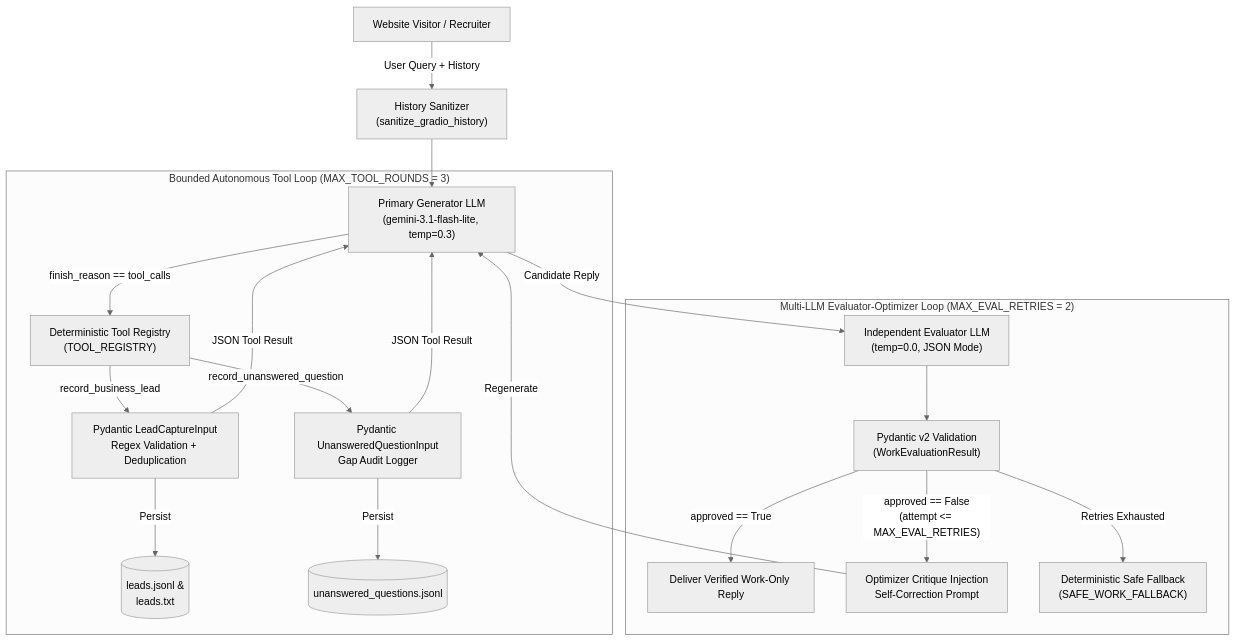
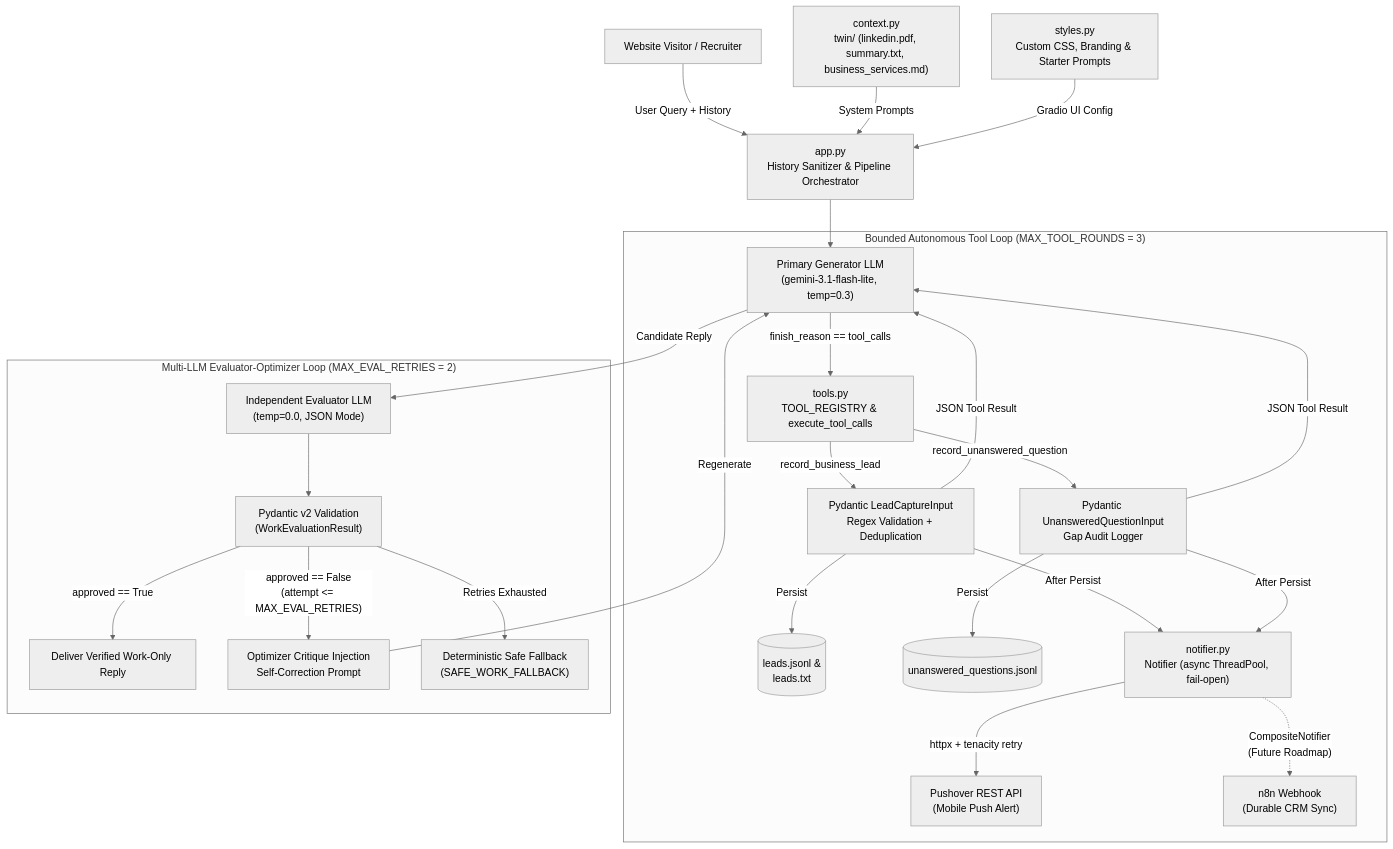
One commit to Ajhar21/ajhar_digital_twin changed the diagram in README.md. Above: the diagram before and after it, drawn with Mermaid (neutral theme). The commit also changed other lines of this file and 12 other files, not shown here.

Commit message:
feat: modularize digital twin app with gradio UI, pushover notifications, and tests (2026-11-23)

````diff
--- a/README.md
+++ b/README.md
@@ -29,25 +34,32 @@
 ```mermaid
 flowchart TD
-    Visitor["Website Visitor / Recruiter"] -->|"User Query + History"| Sanitizer["History Sanitizer\n(sanitize_gradio_history)"]
-    Sanitizer --> Generator["Primary Generator LLM\n(gemini-3.1-flash-lite, temp=0.3)"]
+    Visitor["Website Visitor / Recruiter"] -->|"User Query + History"| App["app.py\nHistory Sanitizer & Pipeline Orchestrator"]
+    Context["context.py\ntwin/ (linkedin.pdf, summary.txt, business_services.md)"] -->|"System Prompts"| App
+    Styles["styles.py\nCustom CSS, Branding & Starter Prompts"] -->|"Gradio UI Config"| App
+
+    App --> Generator["Primary Generator LLM\n(gemini-3.1-flash-lite, temp=0.3)"]
 
     subgraph ToolLoop ["Bounded Autonomous Tool Loop (MAX_TOOL_ROUNDS = 3)"]
-        Generator -->|"finish_reason == tool_calls"| Registry["Deterministic Tool Registry\n(TOOL_REGISTRY)"]
-        Registry -->|"record_business_lead"| LeadTool["Pydantic LeadCaptureInput\nRegex Validation + Deduplication"]
-        Registry -->|"record_unanswered_question"| GapTool["Pydantic UnansweredQuestionInput\nGap Audit Logger"]
+        Generator -->|"finish_reason == tool_calls"| Tools["tools.py\nTOOL_REGISTRY & execute_tool_calls"]
+        Tools -->|"record_business_lead"| LeadTool["Pydantic LeadCaptureInput\nRegex Validation + Deduplication"]
+        Tools -->|"record_unanswered_question"| GapTool["Pydantic UnansweredQuestionInput\nGap Audit Logger"]
         LeadTool -->|"Persist"| LeadsDB[("leads.jsonl &\nleads.txt")]
         GapTool -->|"Persist"| GapDB[("unanswered_questions.jsonl")]
+        LeadTool -->|"After Persist"| Notifier["notifier.py\nNotifier (async ThreadPool, fail-open)"]
+        GapTool -->|"After Persist"| Notifier
+        Notifier -->|"httpx + tenacity retry"| Pushover["Pushover REST API\n(Mobile Push Alert)"]
+        Notifier -.->|"CompositeNotifier\n(Future Roadmap)"| N8n["n8n Webhook\n(Durable CRM Sync)"]
         LeadTool -->|"JSON Tool Result"| Generator
         GapTool -->|"JSON Tool Result"| Generator
     end
 
     Generator -->|"Candidate Reply"| Evaluator["Independent Evaluator LLM\n(temp=0.0, JSON Mode)"]
 
     subgraph Guardrail ["Multi-LLM Evaluator-Optimizer Loop (MAX_EVAL_RETRIES = 2)"]
         Evaluator --> SchemaCheck["Pydantic v2 Validation\n(WorkEvaluationResult)"]
         SchemaCheck -->|"approved == True"| Approved["Deliver Verified Work-Only Reply"]
         SchemaCheck -->|"approved == False\n(attempt <= MAX_EVAL_RETRIES)"| Optimizer["Optimizer Critique Injection\nSelf-Correction Prompt"]
         Optimizer -->|"Regenerate"| Generator
         SchemaCheck -->|"Retries Exhausted"| Fallback["Deterministic Safe Fallback\n(SAFE_WORK_FALLBACK)"]
     end
 ```
````
